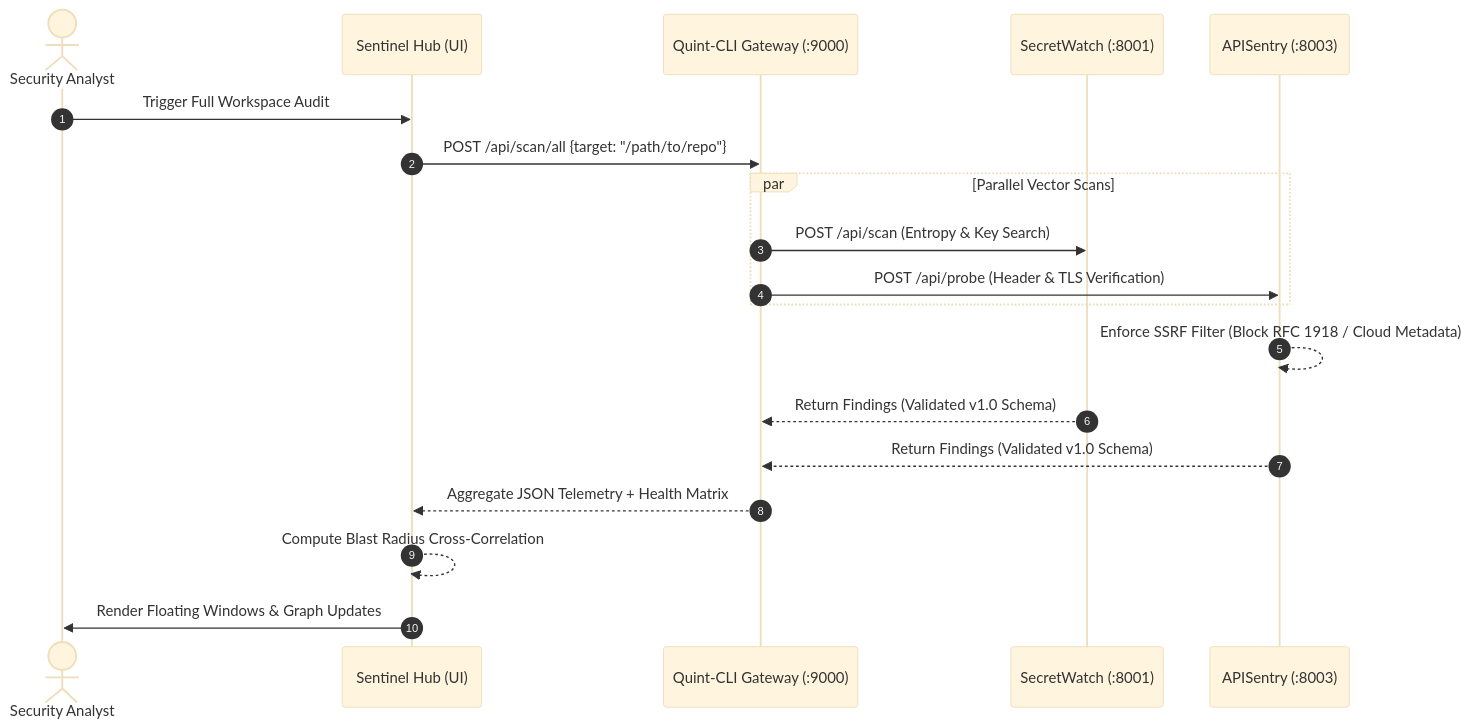
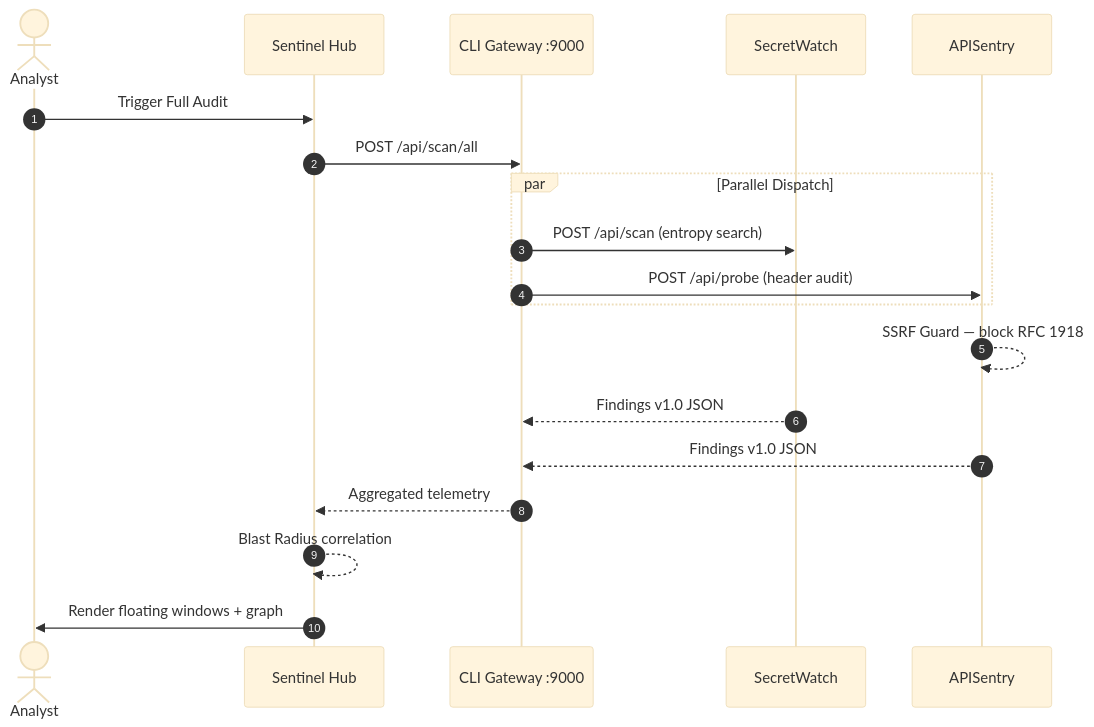
One commit to nikhilmanvi360/quint-0s-portfolio changed the diagram in README.md. Above: the diagram before and after it, drawn with Mermaid (base theme). The commit also changed other lines of this file, not shown here.

````diff
--- a/README.md
+++ b/README.md
@@ -104,22 +198,22 @@
 ```mermaid
 sequenceDiagram
     autonumber
-    actor Dev as Security Analyst
-    participant Hub as Sentinel Hub (UI)
-    participant GW as Quint-CLI Gateway (:9000)
-    participant M02 as SecretWatch (:8001)
-    participant M04 as APISentry (:8003)
+    actor Analyst
+    participant Hub as Sentinel Hub
+    participant GW as CLI Gateway :9000
+    participant M02 as SecretWatch
+    participant M04 as APISentry
 
-    Dev->>Hub: Trigger Full Workspace Audit
-    Hub->>GW: POST /api/scan/all {target: "/path/to/repo"}
-    par Parallel Vector Scans
-        GW->>M02: POST /api/scan (Entropy & Key Search)
-        GW->>M04: POST /api/probe (Header & TLS Verification)
+    Analyst->>Hub: Trigger Full Audit
+    Hub->>GW: POST /api/scan/all
+    par Parallel Dispatch
+        GW->>M02: POST /api/scan (entropy search)
+        GW->>M04: POST /api/probe (header audit)
     end
-    M04-->>M04: Enforce SSRF Filter (Block RFC 1918 / Cloud Metadata)
-    M02-->>GW: Return Findings (Validated v1.0 Schema)
-    M04-->>GW: Return Findings (Validated v1.0 Schema)
-    GW-->>Hub: Aggregate JSON Telemetry + Health Matrix
-    Hub-->>Hub: Compute Blast Radius Cross-Correlation
-    Hub->>Dev: Render Floating Windows & Graph Updates
+    M04-->>M04: SSRF Guard — block RFC 1918
+    M02-->>GW: Findings v1.0 JSON
+    M04-->>GW: Findings v1.0 JSON
+    GW-->>Hub: Aggregated telemetry
+    Hub-->>Hub: Blast Radius correlation
+    Hub->>Analyst: Render floating windows + graph
 ```
````
